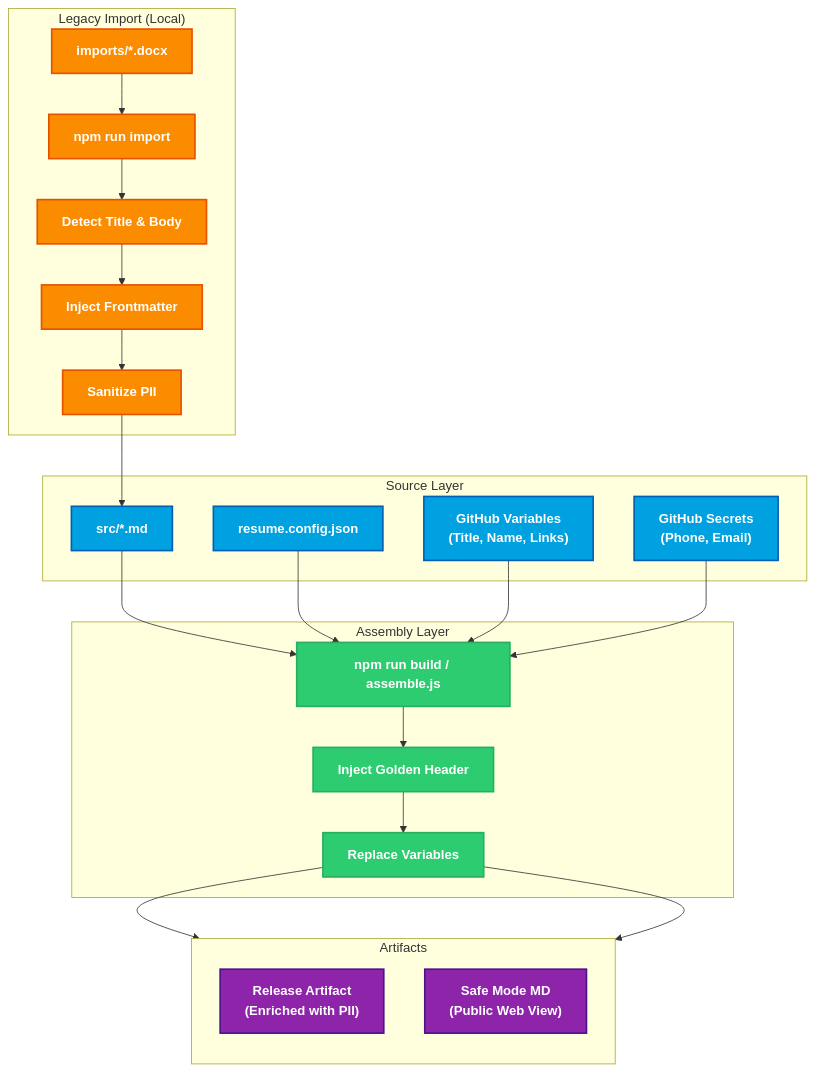
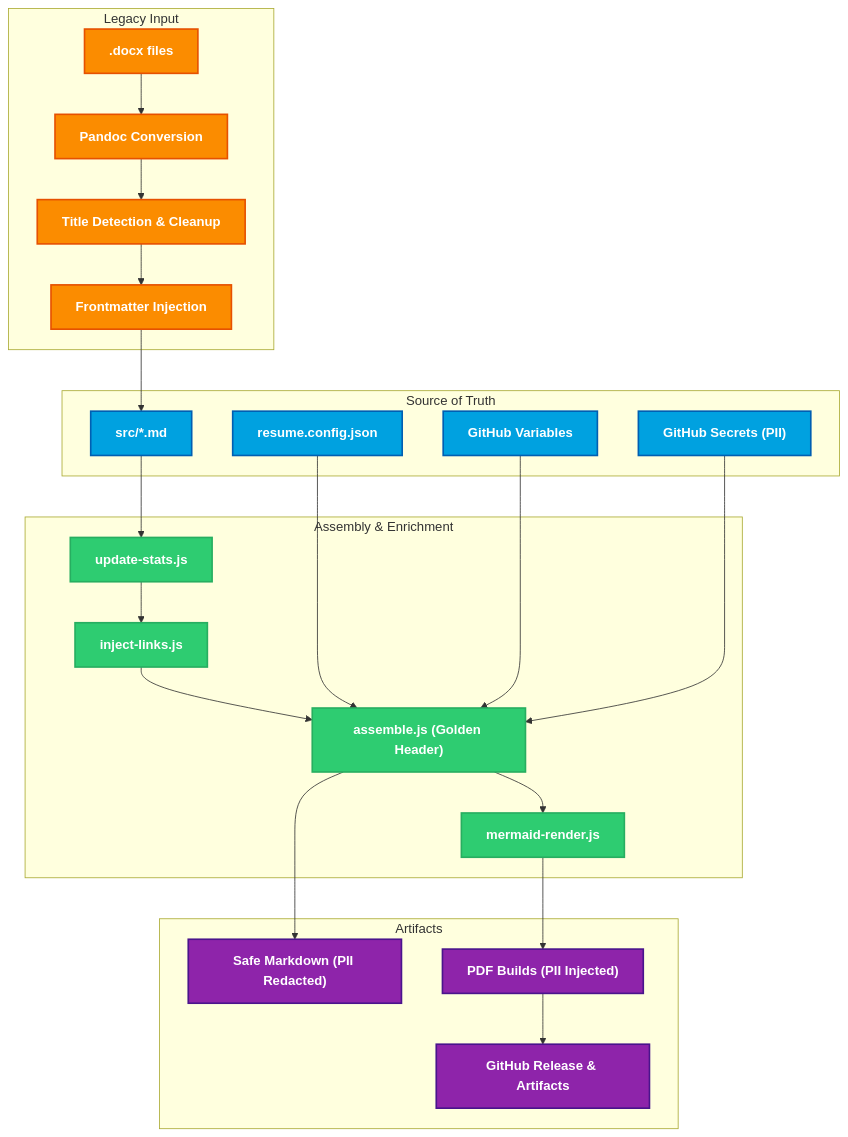
The diagram in README.md (rdbumstead/resume-as-code), drawn with Mermaid before and after one commit. The commit also changed other lines of this file and 2 other files, not shown here.

Commit message:
feat: optimize font downloader and add cross-platform tests

````diff
--- a/README.md
+++ b/README.md
@@ -12,58 +12,49 @@
 ```mermaid
 graph TD
     %% ========= PIPELINE STAGE STYLES =========
     classDef import fill:#FB8C00,stroke:#E65100,stroke-width:2px,color:#ffffff,font-weight:bold;
-    classDef input fill:#00A1E0,stroke:#005FB2,stroke-width:2px,color:#ffffff,font-weight:bold;
-    classDef build fill:#2ECC71,stroke:#27AE60,stroke-width:2px,color:#ffffff,font-weight:bold;
+    classDef source fill:#00A1E0,stroke:#005FB2,stroke-width:2px,color:#ffffff,font-weight:bold;
+    classDef transform fill:#2ECC71,stroke:#27AE60,stroke-width:2px,color:#ffffff,font-weight:bold;
     classDef output fill:#8E24AA,stroke:#4A148C,stroke-width:2px,color:#ffffff,font-weight:bold;
 
-    subgraph Import ["Legacy Import (Local)"]
-        Docx["imports/*.docx"]
-        ImportScript["npm run import"]
-        Detect["Detect Title & Body"]
-        InjectFM["Inject Frontmatter"]
-        Sanitize["Sanitize PII"]
+    subgraph Import["Legacy Input"]
+        Docx[".docx files"]
+        Pandoc["Pandoc Conversion"]
+        Detect["Title Detection & Cleanup"]
+        Frontmatter["Frontmatter Injection"]
     end
 
-    subgraph Input ["Source Layer"]
-        Src["src/*.md"]
+    subgraph Source["Source of Truth"]
+        Markdown["src/*.md"]
         Config["resume.config.json"]
-        Vars["GitHub Variables<br/>(Title, Name, Links)"]
-        Secrets["GitHub Secrets<br/>(Phone, Email)"]
+        Vars["GitHub Variables"]
+        Secrets["GitHub Secrets (PII)"]
     end
 
-    subgraph Build ["Assembly Layer"]
-        Assemble["npm run build / assemble.js"]
-        Header["Inject Golden Header"]
-        Replace["Replace Variables"]
+    subgraph Transform["Assembly & Enrichment"]
+        Stats["update-stats.js"]
+        Links["inject-links.js"]
+        Header["assemble.js (Golden Header)"]
+        Mermaid["mermaid-render.js"]
     end
 
-    subgraph Output ["Artifacts"]
-        direction TB
-        PDF["Release Artifact<br/>(Enriched with PII)"]
-        Safe["Safe Mode MD<br/>(Public Web View)"]
+    subgraph Output["Artifacts"]
+        SafeMD["Safe Markdown (PII Redacted)"]
+        PDF["PDF Builds (PII Injected)"]
+        Release["GitHub Release & Artifacts"]
     end
 
-    %% ========= FLOWS =========
-    Docx --> ImportScript
-    ImportScript --> Detect
-    Detect --> InjectFM
-    InjectFM --> Sanitize
-    Sanitize --> Src
+    Docx --> Pandoc --> Detect --> Frontmatter --> Markdown
+    Markdown --> Stats --> Links --> Header --> Mermaid
+    Config --> Header
+    Vars --> Header
+    Secrets --> Header
+    Header --> SafeMD
+    Mermaid --> PDF
+    PDF --> Release
 
-    Src --> Assemble
-    Config --> Assemble
-    Vars --> Assemble
-    Secrets --> Assemble
-
-    Assemble --> Header
-    Header --> Replace
-    Replace --> PDF
-    Replace --> Safe
-
-    %% ========= APPLY STYLES =========
-    class Docx,ImportScript,Detect,InjectFM,Sanitize import;
-    class Src,Config,Vars,Secrets input;
-    class Assemble,Header,Replace build;
-    class PDF,Safe output;
+    class Docx,Pandoc,Detect,Frontmatter import;
+    class Markdown,Config,Vars,Secrets source;
+    class Stats,Links,Header,Mermaid transform;
+    class SafeMD,PDF,Release output;
 ```
````
